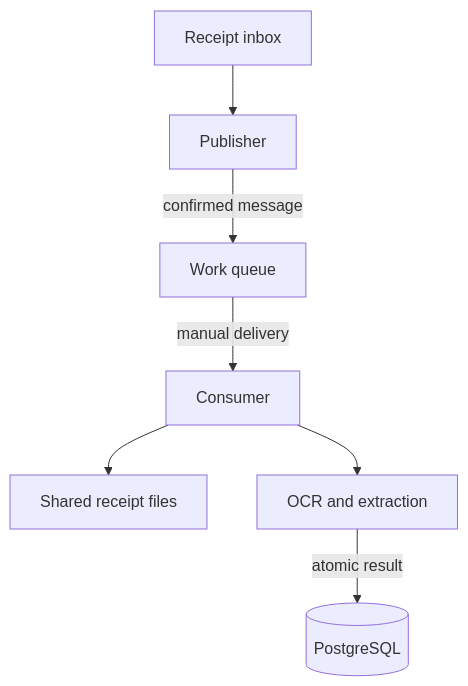
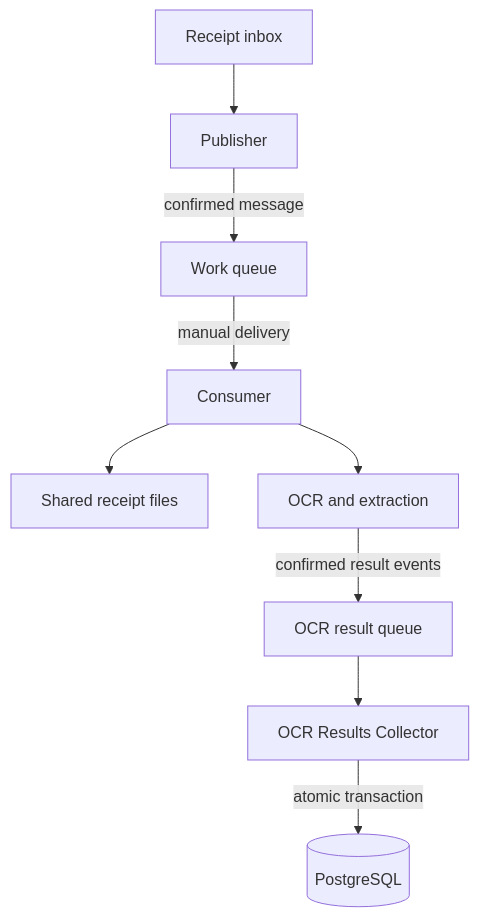
Before and after one commit to larocquemb/home-budget-pipeline: the first of 5 diagrams in docs/rabbitmq-receipt-design.md, drawn with Mermaid. The commit also changed other lines of this file and 18 other files, not shown here.

````diff
--- a/docs/rabbitmq-receipt-design.md
+++ b/docs/rabbitmq-receipt-design.md
@@ -30,9 +31,11 @@
 ```mermaid
 flowchart TB
     inbox[Receipt inbox] --> publisher[Publisher]
     publisher -->|confirmed message| work[Work queue]
     work -->|manual delivery| worker[Consumer]
     worker --> files[Shared receipt files]
     worker --> ocr[OCR and extraction]
-    ocr -->|atomic result| db[(PostgreSQL)]
+    ocr -->|confirmed result events| results[OCR result queue]
+    results --> collector[OCR Results Collector]
+    collector -->|atomic transaction| db[(PostgreSQL)]
 ```
````
